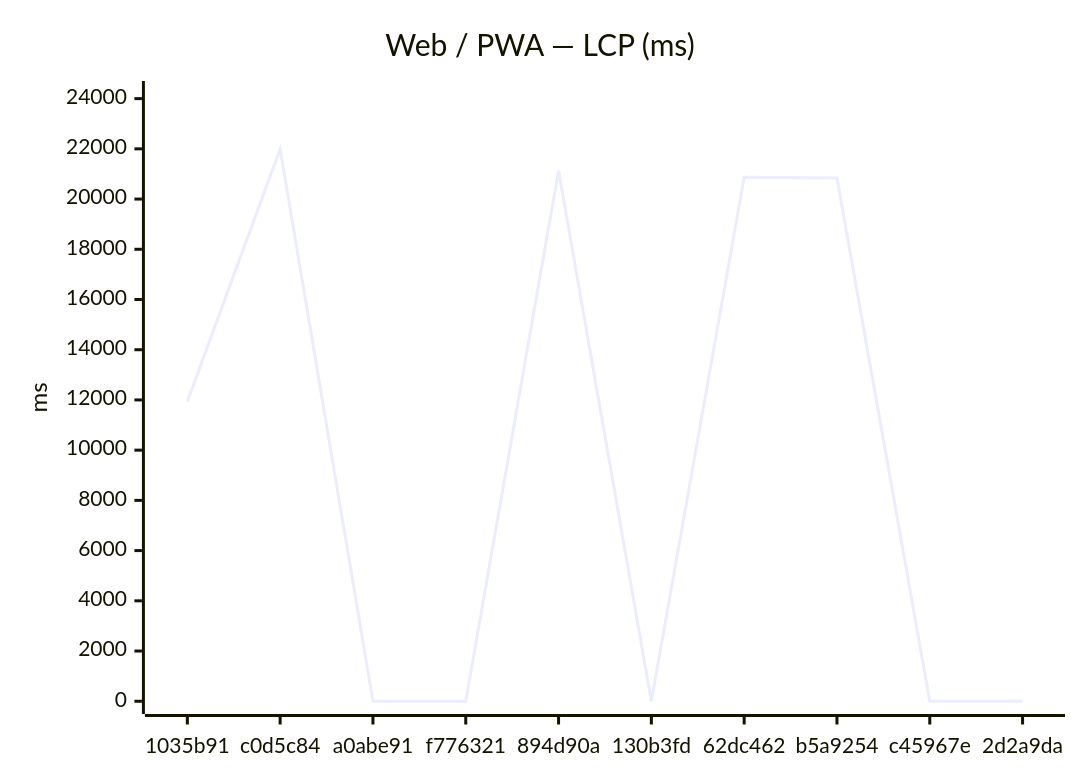
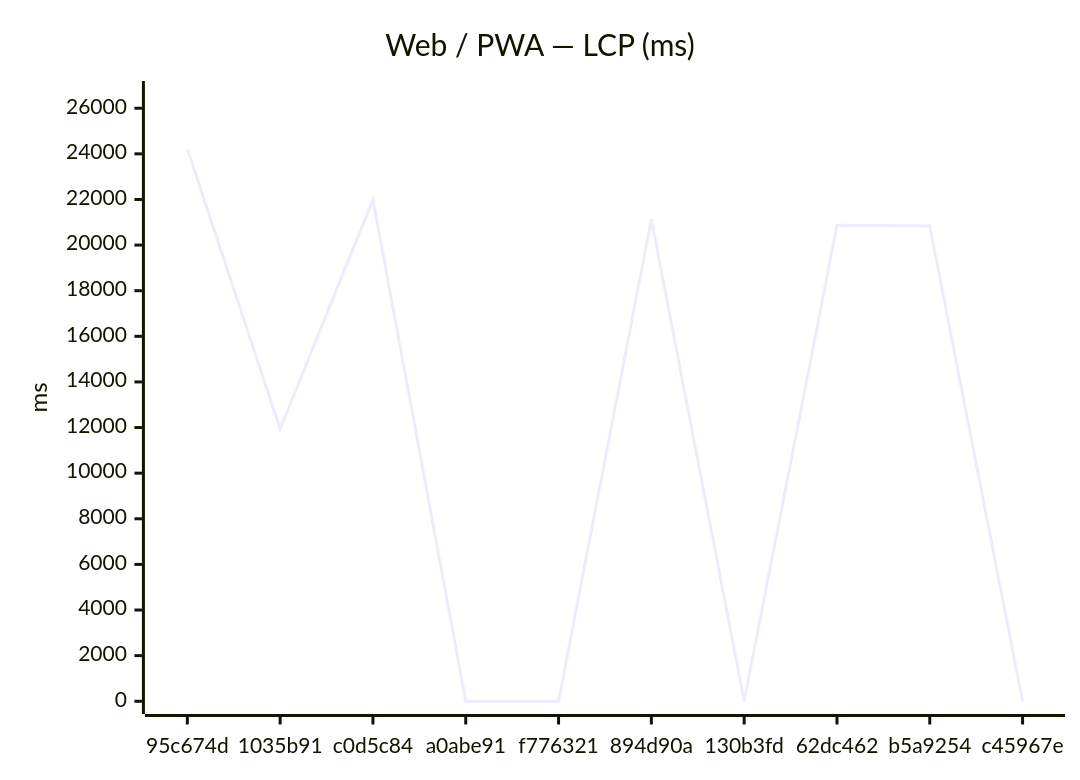
One commit to Metaheurist/Rianell changed the first of 18 diagrams in benchmarks/compare.md. Above: the diagram before and after it, drawn with Mermaid. The commit also changed other lines of this file and 11 other files, not shown here.

````diff
--- a/benchmarks/compare.md
+++ b/benchmarks/compare.md
@@ -24,7 +24,7 @@
 ```mermaid
 xychart-beta
     title "Web / PWA — LCP (ms)"
-    x-axis ["1035b91", "c0d5c84", "a0abe91", "f776321", "894d90a", "130b3fd", "62dc462", "b5a9254", "c45967e", "2d2a9da"]
-    y-axis "ms" 0 --> 24194
-    line [11936, 21994, 0, 0, 21131, 0, 20871, 20837, 0, 0]
+    x-axis ["95c674d", "1035b91", "c0d5c84", "a0abe91", "f776321", "894d90a", "130b3fd", "62dc462", "b5a9254", "c45967e"]
+    y-axis "ms" 0 --> 26635
+    line [24213, 11936, 21994, 0, 0, 21131, 0, 20871, 20837, 0]
 ```
````
